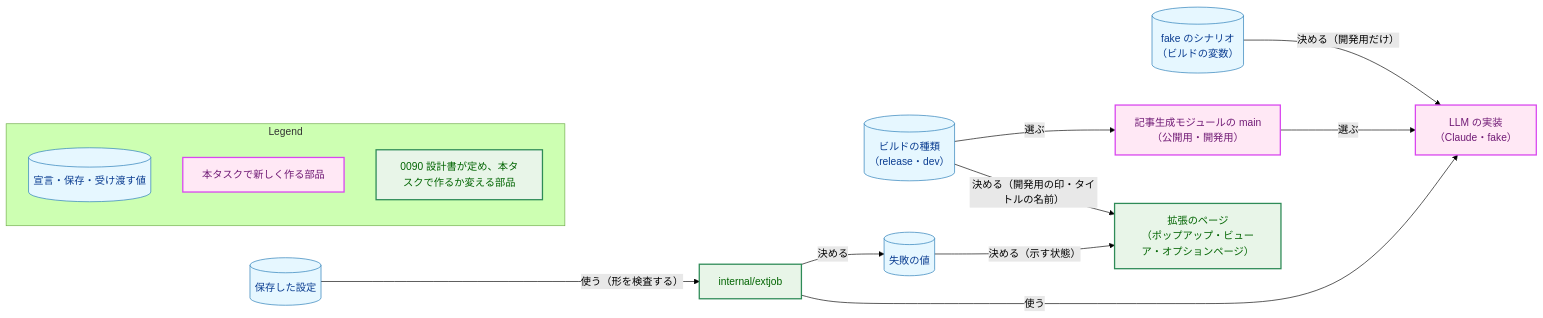
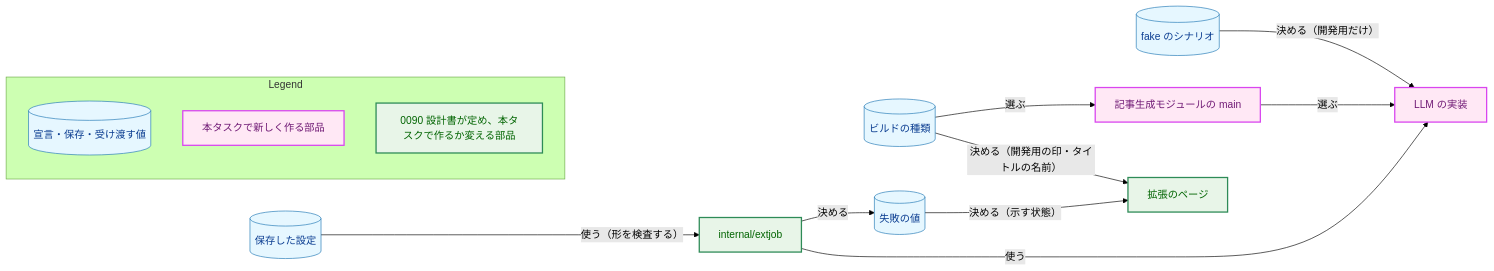
The first of 8 diagrams in docs/tasks/0091_extension_only_migration/02_architecture.md (isseis/yt2column), drawn with Mermaid (forest theme) before and after one commit. The commit also changed other lines of this file and 8 other files, not shown here.

First line of the commit message:
docs(0091): apply the architecture and prose review fixes

````diff
--- a/docs/tasks/0091_extension_only_migration/02_architecture.md
+++ b/docs/tasks/0091_extension_only_migration/02_architecture.md
@@ -58,37 +64,37 @@
 ```mermaid
 flowchart LR
     classDef data fill:#e6f7ff,stroke:#1f77b4,stroke-width:1px,color:#0b3d91;
     classDef newpkg fill:#ffe8f5,stroke:#d946ef,stroke-width:2px,color:#701a75;
     classDef enhanced fill:#e8f5e8,stroke:#2e8b57,stroke-width:2px,color:#006400;
 
-    KIND[("ビルドの種類<br>（release・dev）")]
-    SCEN[("fake のシナリオ<br>（ビルドの変数）")]
-    MAIN["記事生成モジュールの main<br>（公開用・開発用）"]
-    BACKEND["LLM の実装<br>（Claude・fake）"]
+    KIND[("ビルドの種類")]
+    SCEN[("fake のシナリオ")]
+    MAIN["記事生成モジュールの main"]
+    BACKEND["LLM の実装"]
     EXTJOB["internal/extjob"]
     STORED[("保存した設定")]
     FAIL[("失敗の値")]
-    PAGES["拡張のページ<br>（ポップアップ・ビューア・オプションページ）"]
+    PAGES["拡張のページ"]
 
     KIND -->|"選ぶ"| MAIN
     KIND -->|"決める（開発用の印・タイトルの名前）"| PAGES
     SCEN -->|"決める（開発用だけ）"| BACKEND
     MAIN -->|"選ぶ"| BACKEND
     EXTJOB -->|"使う"| BACKEND
     STORED -->|"使う（形を検査する）"| EXTJOB
     EXTJOB -->|"決める"| FAIL
     FAIL -->|"決める（示す状態）"| PAGES
 
     class KIND,SCEN,STORED,FAIL data
     class MAIN,BACKEND newpkg
     class EXTJOB,PAGES enhanced
 
     subgraph Legend["Legend"]
         L1[("宣言・保存・受け渡す値")]
         L2["本タスクで新しく作る部品"]
         L3["0090 設計書が定め、本タスクで作るか変える部品"]
     end
     class L1 data
     class L2 newpkg
     class L3 enhanced
 ```
````
